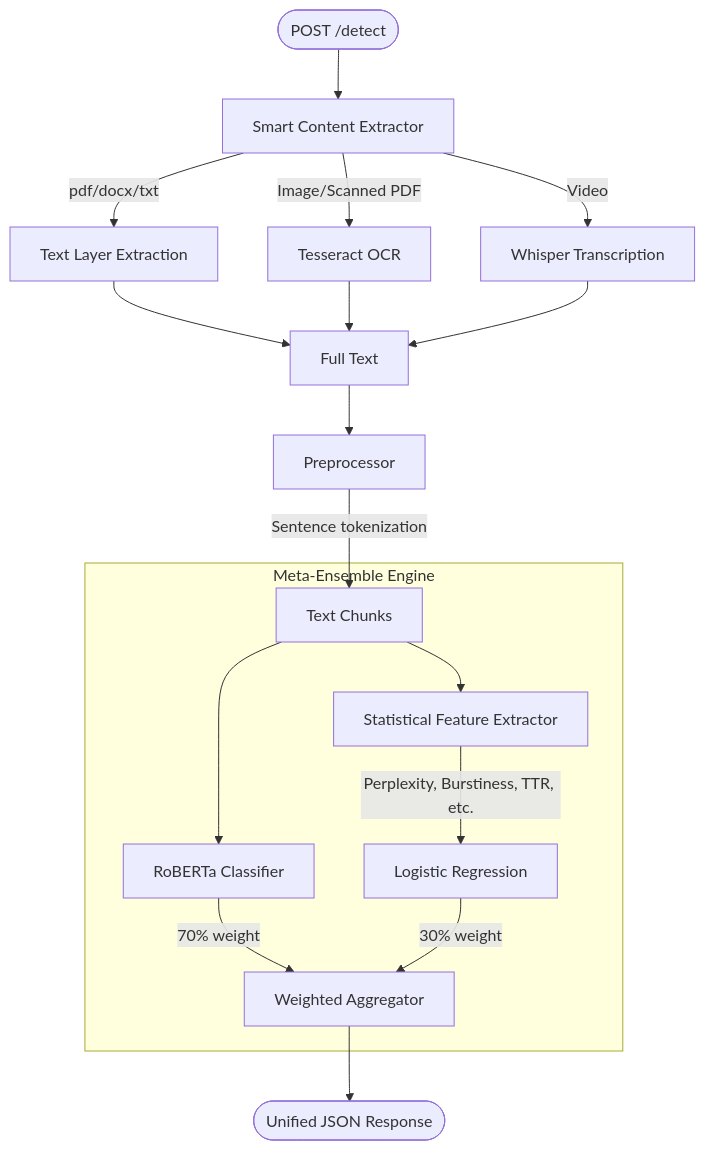
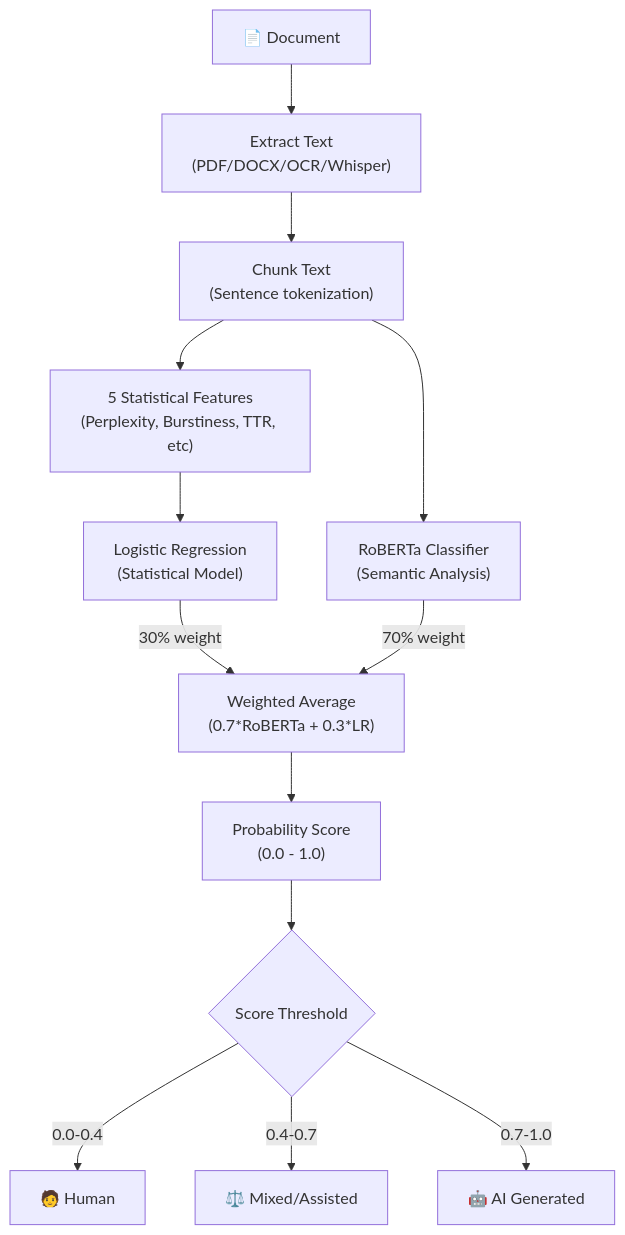
One commit to securitywithhem/vaultiq changed the second of 2 diagrams in README.md. Above: the diagram before and after it, drawn with Mermaid. The commit also changed other lines of this file, not shown here.

````diff
--- a/README.md
+++ b/README.md
@@ -111,25 +459,20 @@
 ```mermaid
-flowchart TD
-    Req([POST /detect]) --> Ext[Smart Content Extractor]
-    Ext -->|pdf/docx/txt| Text[Text Layer Extraction]
-    Ext -->|Image/Scanned PDF| OCR[Tesseract OCR]
-    Ext -->|Video| Trans[Whisper Transcription]
+graph TD
+    Input["📄 Document"] --> Extract["Extract Text<br/>(PDF/DOCX/OCR/Whisper)"]
+    Extract --> Chunks["Chunk Text<br/>(Sentence tokenization)"]
     
-    Text --> Full[Full Text]
-    OCR --> Full
-    Trans --> Full
+    Chunks --> Feature["5 Statistical Features<br/>(Perplexity, Burstiness, TTR, etc)"]
+    Chunks --> RoBERTa["RoBERTa Classifier<br/>(Semantic Analysis)"]
     
-    Full --> Prep[Preprocessor]
-    Prep -->|Sentence tokenization| Chunks[Text Chunks]
+    Feature --> LR["Logistic Regression<br/>(Statistical Model)"]
     
-    subgraph Ensemble[Meta-Ensemble Engine]
-        Chunks --> Rob[RoBERTa Classifier]
-        Chunks --> Stat[Statistical Feature Extractor]
-        Stat -->|Perplexity, Burstiness, TTR, etc.| LR[Logistic Regression]
-        
-        Rob -->|70% weight| Agg[Weighted Aggregator]
-        LR -->|30% weight| Agg
-    end
+    LR -->|30% weight| Ensemble["Weighted Average<br/>(0.7*RoBERTa + 0.3*LR)"]
+    RoBERTa -->|70% weight| Ensemble
     
-    Agg --> Resp([Unified JSON Response])
+    Ensemble --> Score["Probability Score<br/>(0.0 - 1.0)"]
+    Score --> Verdict{"Score Threshold"}
+    
+    Verdict -->|0.0-0.4| Human["🧑 Human"]
+    Verdict -->|0.4-0.7| Mixed["⚖️ Mixed/Assisted"]
+    Verdict -->|0.7-1.0| AI["🤖 AI Generated"]
 ```
````
